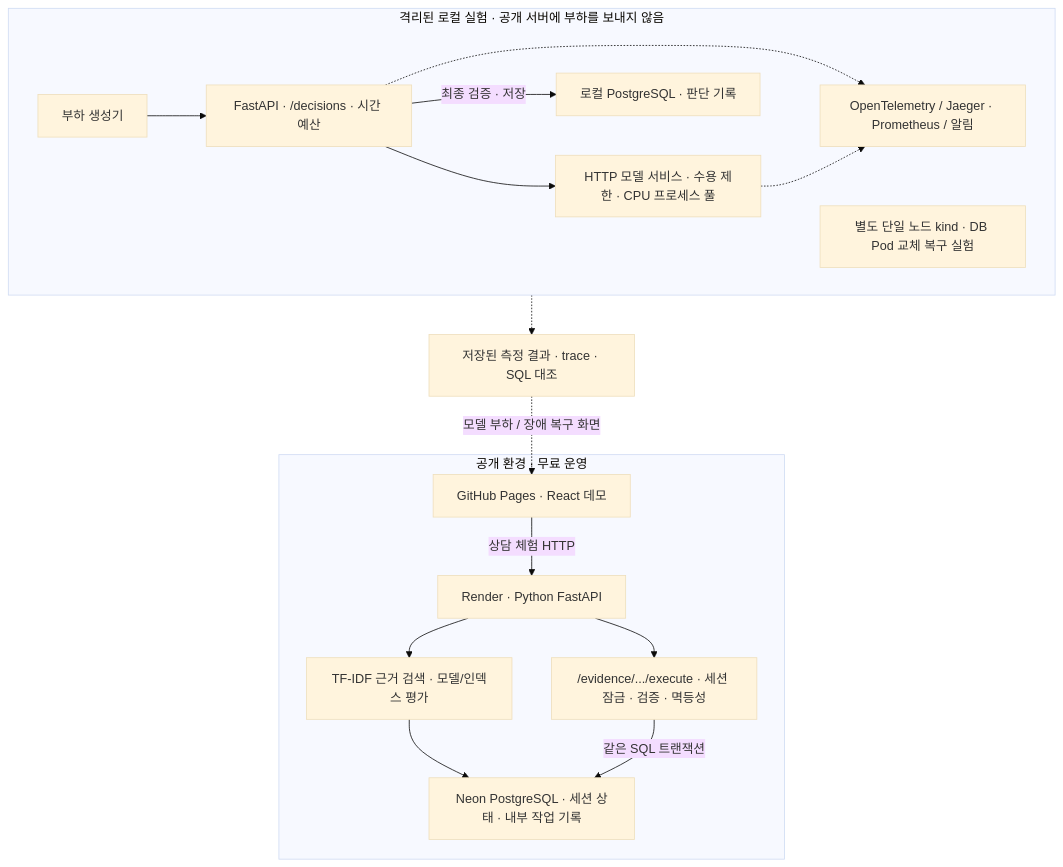
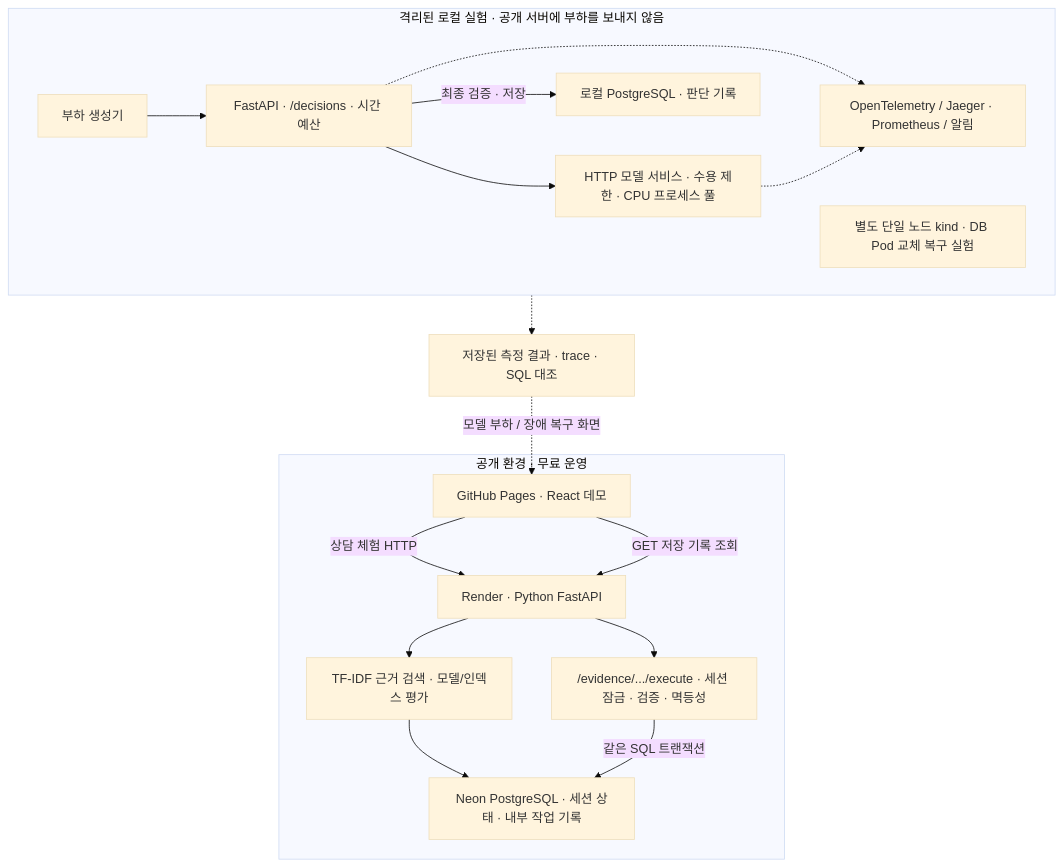
One commit to sokldjs554/recheck-ml-serving changed the diagram in README.md. Above: the diagram before and after it, drawn with Mermaid (base theme). The commit also changed other lines of this file and 58 other files, not shown here.

````diff
--- a/README.md
+++ b/README.md
@@ -41,31 +47,32 @@
 ```mermaid
 flowchart TB
     subgraph public["공개 환경 · 무료 운영"]
         UI["GitHub Pages · React 데모"]
         API["Render · Python FastAPI"]
         Search["TF-IDF 근거 검색 · 모델/인덱스 평가"]
         Guard["/evidence/.../execute · 세션 잠금 · 검증 · 멱등성"]
         PG["Neon PostgreSQL · 세션 상태 · 내부 작업 기록"]
         UI -->|상담 체험 HTTP| API
         API --> Search
         API --> Guard
+        UI -->|GET 저장 기록 조회| API
         Search --> PG
         Guard -->|같은 SQL 트랜잭션| PG
     end
     subgraph local["격리된 로컬 실험 · 공개 서버에 부하를 보내지 않음"]
         Load["부하 생성기"]
         LocalAPI["FastAPI · /decisions · 시간 예산"]
         Model["HTTP 모델 서비스 · 수용 제한 · CPU 프로세스 풀"]
         LocalPG["로컬 PostgreSQL · 판단 기록"]
         Observe["OpenTelemetry / Jaeger · Prometheus / 알림"]
         Load --> LocalAPI
         LocalAPI --> Model
         LocalAPI -->|최종 검증 · 저장| LocalPG
         LocalAPI -.-> Observe
         Model -.-> Observe
         K8s["별도 단일 노드 kind · DB Pod 교체 복구 실험"]
     end
     Saved["저장된 측정 결과 · trace · SQL 대조"]
     local -.-> Saved
     Saved -.->|모델 부하 / 장애 복구 화면| UI
 ```
````
